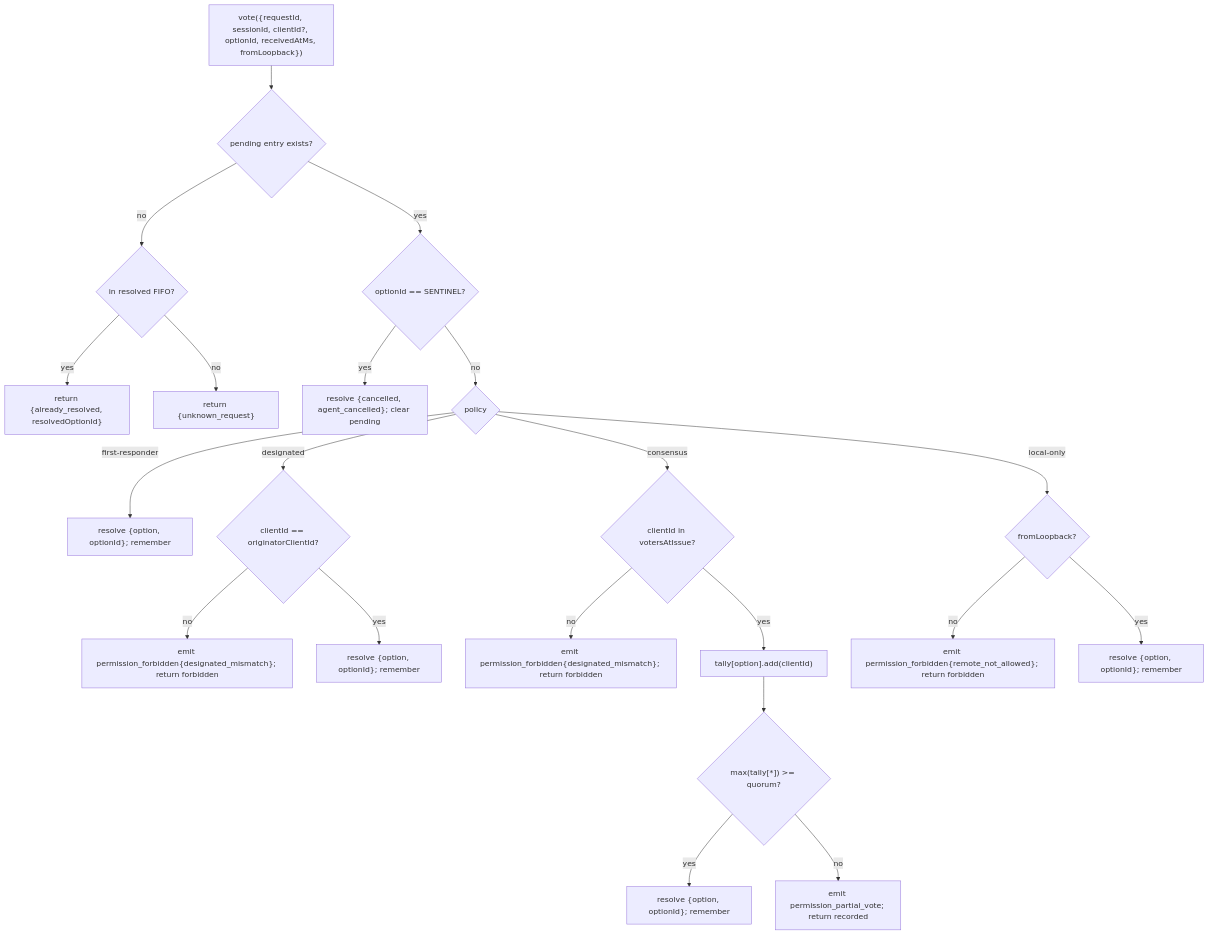
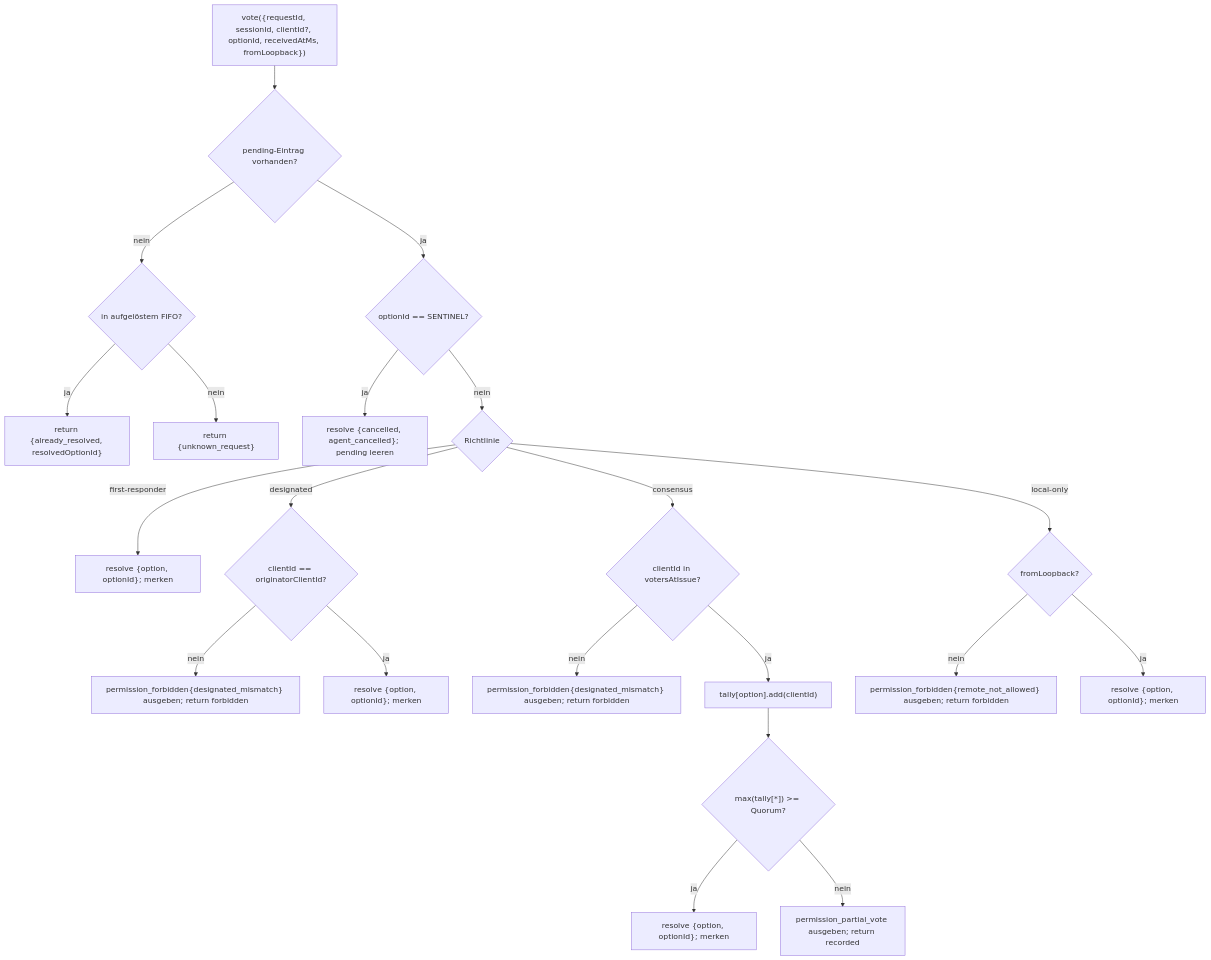
Before and after one commit to QwenLM/qwen-code-docs: the second of 2 diagrams in website/content/de/developers/daemon/04-permission-mediation.md, drawn with Mermaid. The commit also changed other lines of this file and 1077 other files, not shown here.

````diff
--- a/website/content/de/developers/daemon/04-permission-mediation.md
+++ b/website/content/de/developers/daemon/04-permission-mediation.md
@@ -120,23 +121,23 @@
 ```mermaid
 flowchart TD
-    V["vote({requestId, sessionId, clientId?, optionId, receivedAtMs, fromLoopback})"] --> E{"pending entry exists?"}
-    E -->|no| RD{"in resolved FIFO?"}
-    RD -->|yes| AR["return {already_resolved, resolvedOptionId}"]
-    RD -->|no| UR["return {unknown_request}"]
-    E -->|yes| SENT{"optionId == SENTINEL?"}
-    SENT -->|yes| CX["resolve {cancelled, agent_cancelled}; clear pending"]
-    SENT -->|no| POL{"policy"}
-    POL -->|first-responder| FR["resolve {option, optionId}; remember"]
+    V["vote({requestId, sessionId, clientId?, optionId, receivedAtMs, fromLoopback})"] --> E{"pending-Eintrag vorhanden?"}
+    E -->|nein| RD{"in aufgelöstem FIFO?"}
+    RD -->|ja| AR["return {already_resolved, resolvedOptionId}"]
+    RD -->|nein| UR["return {unknown_request}"]
+    E -->|ja| SENT{"optionId == SENTINEL?"}
+    SENT -->|ja| CX["resolve {cancelled, agent_cancelled}; pending leeren"]
+    SENT -->|nein| POL{"Richtlinie"}
+    POL -->|first-responder| FR["resolve {option, optionId}; merken"]
     POL -->|designated| DG{"clientId == originatorClientId?"}
-    DG -->|no| FOR["emit permission_forbidden{designated_mismatch}; return forbidden"]
-    DG -->|yes| FRR["resolve {option, optionId}; remember"]
+    DG -->|nein| FOR["permission_forbidden{designated_mismatch} ausgeben; return forbidden"]
+    DG -->|ja| FRR["resolve {option, optionId}; merken"]
     POL -->|consensus| CN{"clientId in votersAtIssue?"}
-    CN -->|no| FORC["emit permission_forbidden{designated_mismatch}; return forbidden"]
-    CN -->|yes| TAL["tally[option].add(clientId)"]
-    TAL --> Q{"max(tally[*]) >= quorum?"}
-    Q -->|yes| RES["resolve {option, optionId}; remember"]
-    Q -->|no| PV["emit permission_partial_vote; return recorded"]
+    CN -->|nein| FORC["permission_forbidden{designated_mismatch} ausgeben; return forbidden"]
+    CN -->|ja| TAL["tally[option].add(clientId)"]
+    TAL --> Q{"max(tally[*]) >= Quorum?"}
+    Q -->|ja| RES["resolve {option, optionId}; merken"]
+    Q -->|nein| PV["permission_partial_vote ausgeben; return recorded"]
     POL -->|local-only| LO{"fromLoopback?"}
-    LO -->|no| FORL["emit permission_forbidden{remote_not_allowed}; return forbidden"]
-    LO -->|yes| RESL["resolve {option, optionId}; remember"]
+    LO -->|nein| FORL["permission_forbidden{remote_not_allowed} ausgeben; return forbidden"]
+    LO -->|ja| RESL["resolve {option, optionId}; merken"]
 ```
````
